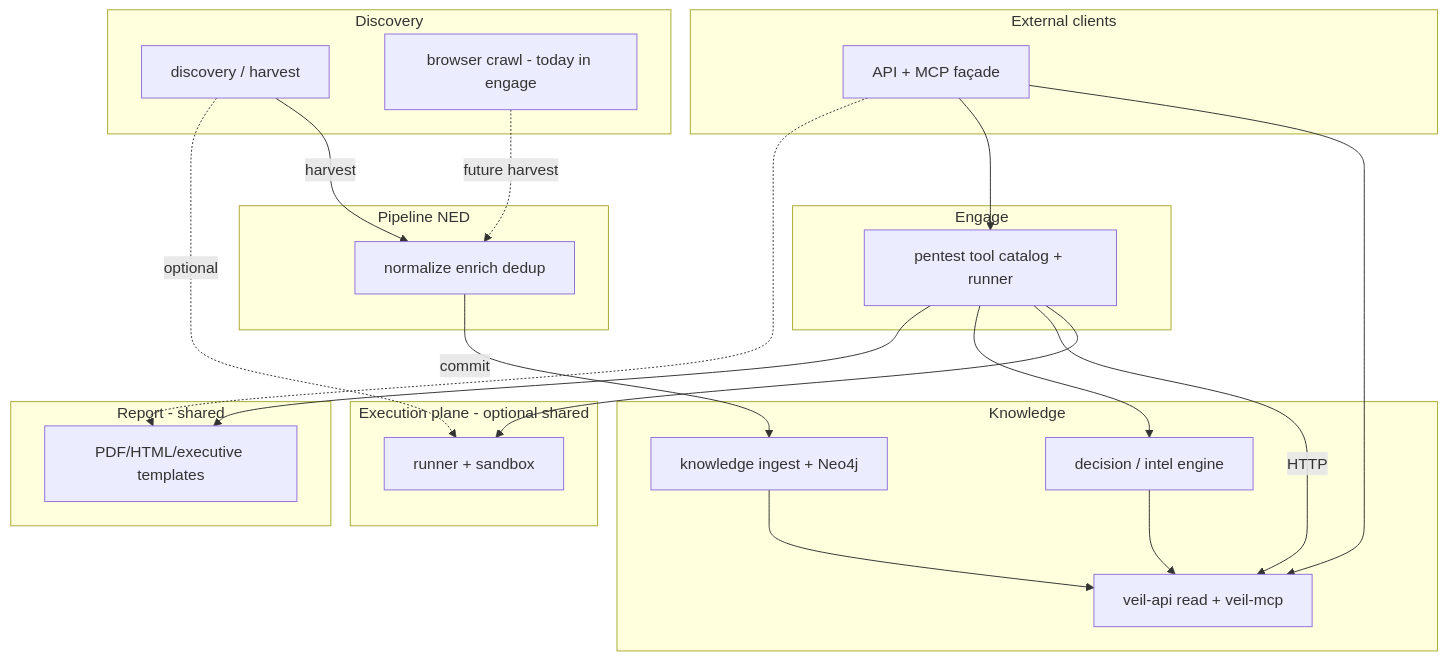
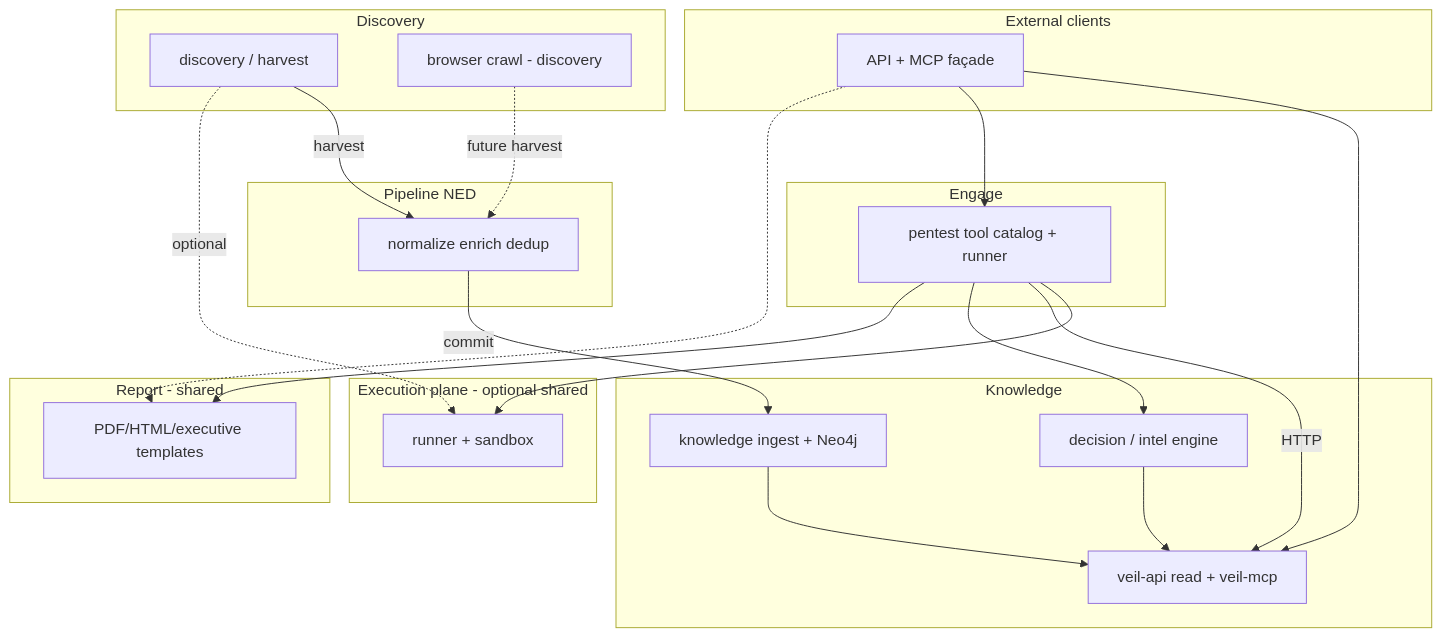
The diagram in docs/platform-architecture.md (butbeautifulv/threat_intelligence), drawn with Mermaid before and after one commit. The commit also changed other lines of this file and 4 other files, not shown here.

First line of the commit message:
docs(platform): v8 complete — README, AGENTS, architecture handoff

````diff
--- a/docs/platform-architecture.md
+++ b/docs/platform-architecture.md
@@ -30,40 +31,40 @@
 ```mermaid
 flowchart TB
   subgraph clients [External clients]
     MCP[API + MCP façade]
   end
   subgraph discovery [Discovery]
     SC[discovery / harvest]
-    BR[browser crawl - today in engage]
+    BR[browser crawl - discovery]
   end
   subgraph knowledge [Knowledge]
     GR[knowledge ingest + Neo4j]
     GS[veil-api read + veil-mcp]
     DE[decision / intel engine]
   end
   subgraph pipeline [Pipeline NED]
     NED[normalize enrich dedup]
   end
   subgraph engage [Engage]
     TOOLS[pentest tool catalog + runner]
   end
   subgraph report [Report - shared]
     REP[PDF/HTML/executive templates]
   end
   subgraph exec [Execution plane - optional shared]
     RUN[runner + sandbox]
   end
   MCP --> GS
   MCP --> TOOLS
   MCP -.-> REP
   SC -->|harvest| NED
   BR -.->|future harvest| NED
   NED -->|commit| GR
   TOOLS --> RUN
   SC -.->|optional| RUN
   TOOLS -->|HTTP| GS
   TOOLS --> DE
   TOOLS --> REP
   GR --> GS
   DE --> GS
 ```
````
